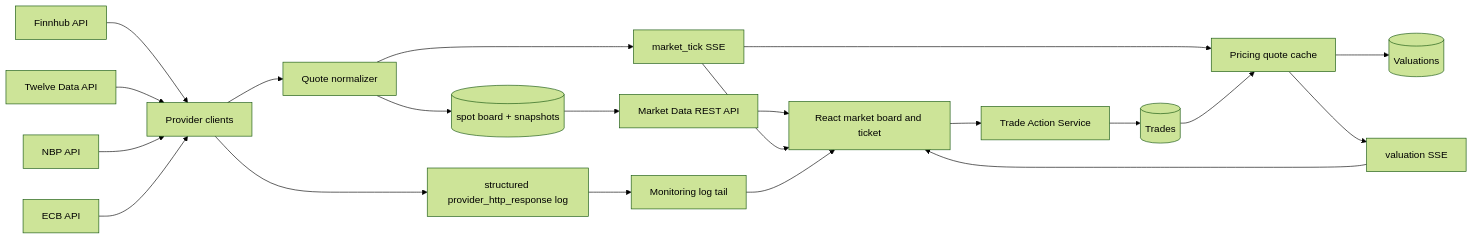
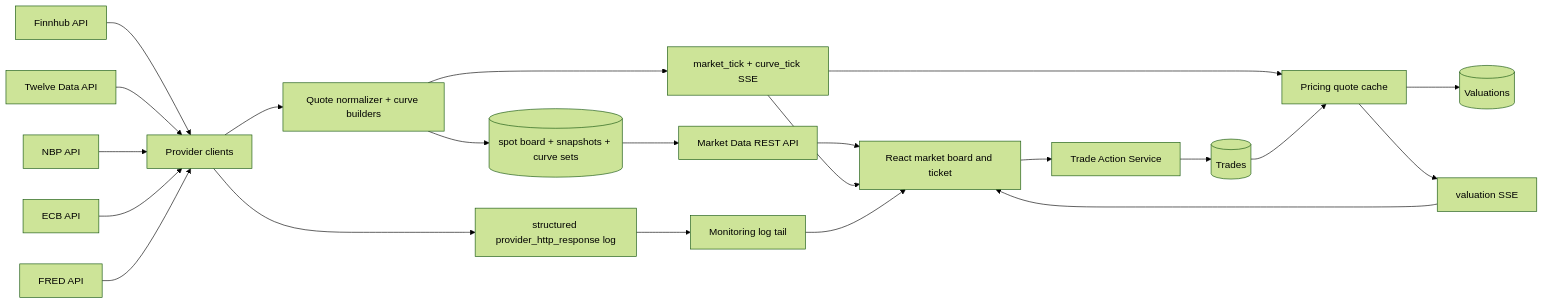
One commit to j-gulinski/trading-desk changed the diagram in docs/architecture.md. Above: the diagram before and after it, drawn with Mermaid (forest theme). The commit also changed other lines of this file and 70 other files, not shown here.

````diff
--- a/docs/architecture.md
+++ b/docs/architecture.md
@@ -40,23 +40,24 @@
 ```mermaid
 flowchart LR
     F[Finnhub API] --> C[Provider clients]
     T[Twelve Data API] --> C
     NB[NBP API] --> C
     EC[ECB API] --> C
-    C --> N[Quote normalizer]
-    N --> P[(spot board + snapshots)]
-    N --> S[market_tick SSE]
+    FR[FRED API] --> C
+    C --> N[Quote normalizer + curve builders]
+    N --> P[(spot board + snapshots + curve sets)]
+    N --> S[market_tick + curve_tick SSE]
     P --> A[Market Data REST API]
     A --> U[React market board and ticket]
     S --> U
     S --> R[Pricing quote cache]
     U --> X[Trade Action Service]
     X --> D[(Trades)]
     D --> R
     R --> V[(Valuations)]
     R --> B[valuation SSE]
     B --> U
     C --> L[structured provider_http_response log]
     L --> M[Monitoring log tail]
     M --> U
 ```
````
